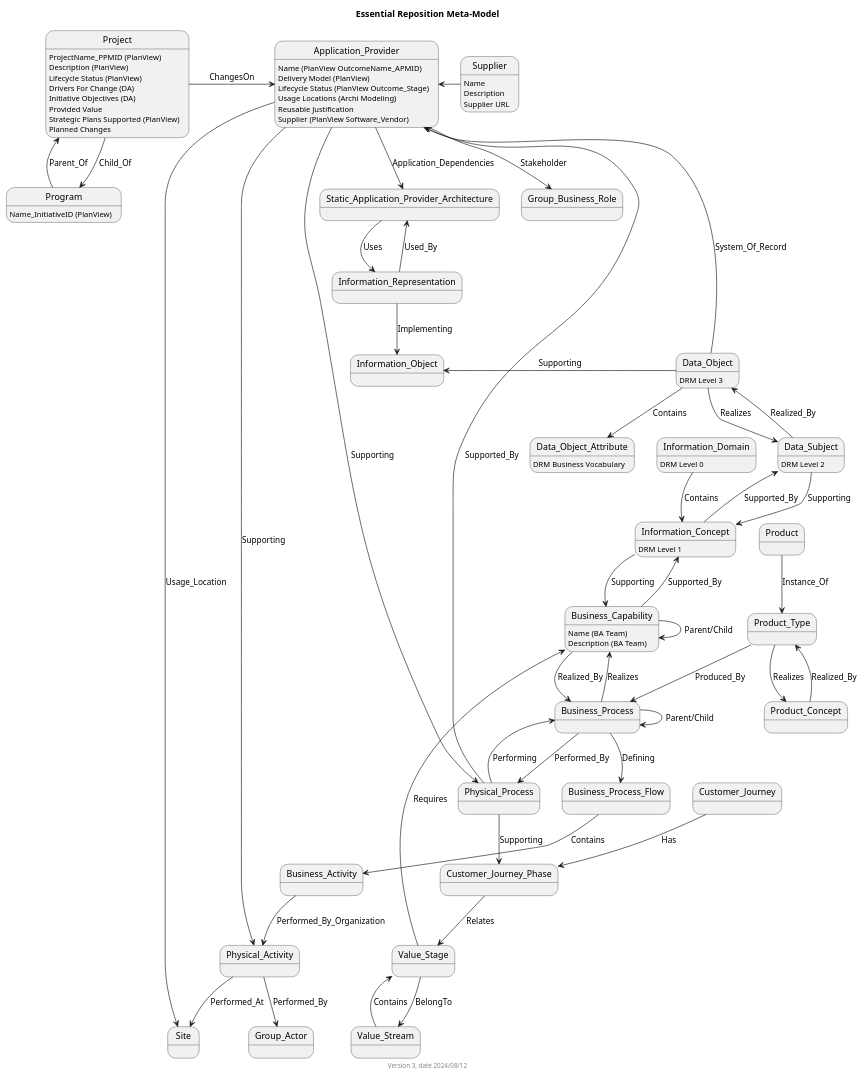
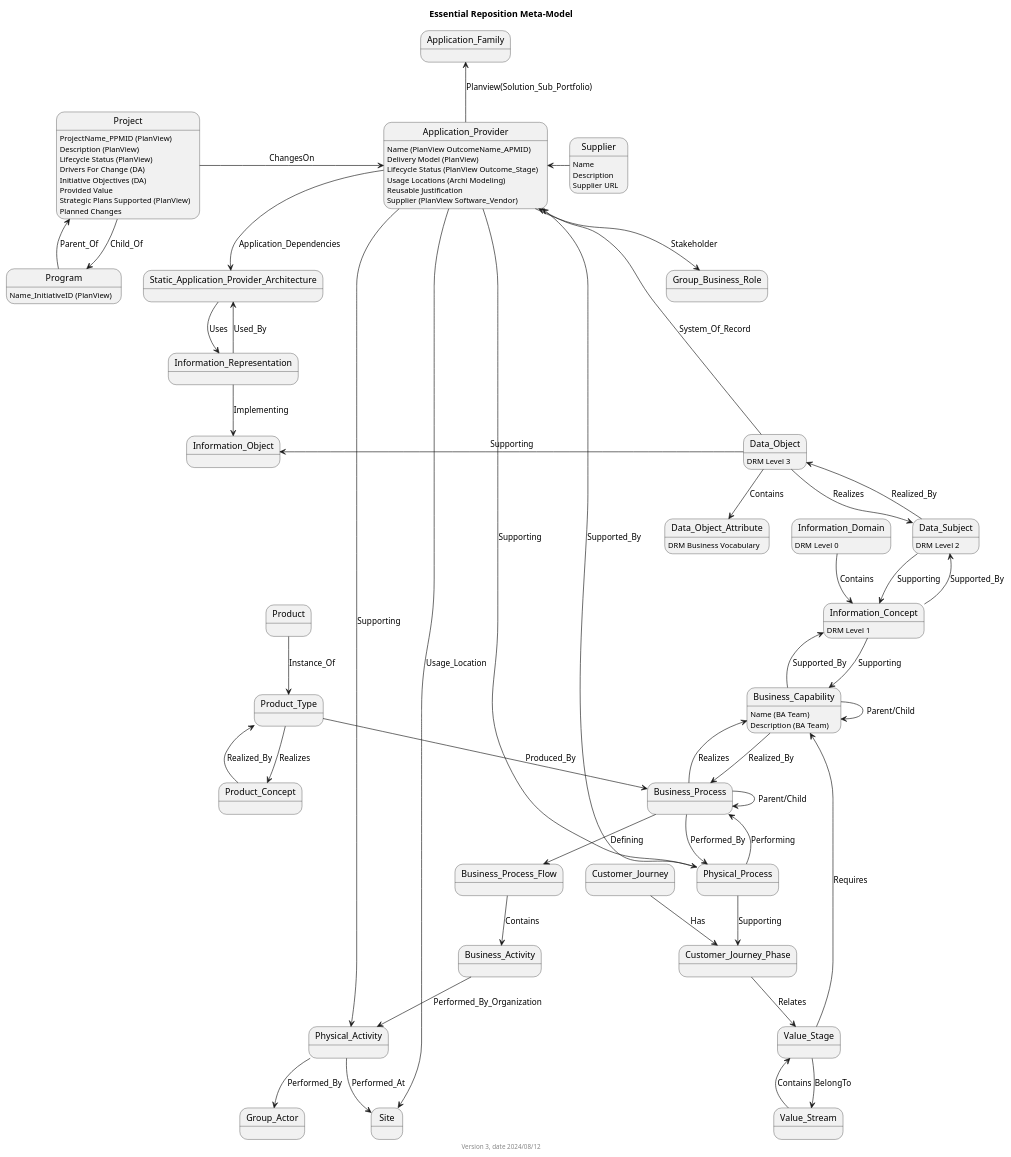
The diagram in Essential_EA/Essential_MetaModel.puml (yasenstar/EA), drawn with PlantUML before and after one commit.

```diff
--- a/Essential_EA/Essential_MetaModel.puml
+++ b/Essential_EA/Essential_MetaModel.puml
@@ -1,114 +1,116 @@
 @startuml
 
 title Essential Reposition Meta-Model
 
 Customer_Journey --> Customer_Journey_Phase: Has
 Customer_Journey_Phase --> Value_Stage: Relates
 
 Value_Stream --> Value_Stage: Contains
 Value_Stage --> Value_Stream: BelongTo
 
 Value_Stage --> Business_Capability: Requires
 
 Business_Capability --> Business_Process: Realized_By
 Business_Process --> Business_Capability: Realizes
 
 Business_Capability --> Information_Concept: Supported_By
 Information_Concept --> Business_Capability: Supporting
 
 Business_Capability --> Business_Capability: Parent/Child
 
 Business_Process --> Physical_Process: Performed_By
 Physical_Process --> Business_Process: Performing
 
 Business_Process --> Business_Process: Parent/Child
 
 Business_Process --> Business_Process_Flow: Defining
 
 Business_Process_Flow --> Business_Activity: Contains
 
 Business_Activity --> Physical_Activity: Performed_By_Organization
 Physical_Activity <-- Application_Provider: Supporting
 Physical_Activity --> Group_Actor: Performed_By
 Physical_Activity --> Site: Performed_At
 
 Physical_Process --> Application_Provider: Supported_By
 Application_Provider --> Physical_Process: Supporting
 
 Physical_Process --> Customer_Journey_Phase: Supporting
 
 Product_Concept --> Product_Type: Realized_By
 Product_Type --> Product_Concept: Realizes
 Product --> Product_Type: Instance_Of
 
 Product_Type --> Business_Process: Produced_By
 
 Application_Provider <-- Supplier
 Application_Provider --> Group_Business_Role: Stakeholder
 Application_Provider --> Site: Usage_Location
 Application_Provider --> Static_Application_Provider_Architecture: Application_Dependencies
+
+Application_Provider -up-> Application_Family: Planview(Solution_Sub_Portfolio)
 
 Information_Domain --> Information_Concept: Contains
 Information_Concept --> Data_Subject: Supported_By
 Data_Subject --> Information_Concept: Supporting
 Data_Subject --> Data_Object: Realized_By
 Data_Object --> Data_Subject: Realizes
 Data_Object --> Data_Object_Attribute: Contains
 
 Static_Application_Provider_Architecture --> Information_Representation: Uses
 Information_Representation --> Static_Application_Provider_Architecture: Used_By
 Information_Representation --> Information_Object: Implementing
 Information_Object <-- Data_Object: Supporting
 
 Data_Object -up-> Application_Provider: System_Of_Record
 
 Project --> Program: Child_Of
 Program --> Project: Parent_Of
 
 Project -right-> Application_Provider: ChangesOn
 
 ' Business Layer
 
 Business_Capability: Name (BA Team)
 Business_Capability: Description (BA Team)
 
 ' Application Layer
 
 Application_Provider: Name (PlanView OutcomeName_APMID)
 Application_Provider: Delivery Model (PlanView)
 Application_Provider: Lifecycle Status (PlanView Outcome_Stage)
 Application_Provider: Usage Locations (Archi Modeling)
 Application_Provider: Reusable Justification
 Application_Provider: Supplier (PlanView Software_Vendor)
 
 ' Information Layer
 
 Information_Domain: DRM Level 0
 Information_Concept: DRM Level 1
 Data_Subject: DRM Level 2
 Data_Object: DRM Level 3
 Data_Object_Attribute: DRM Business Vocabulary
 
 ' EA Support Layer
 
 ' EA Support > Change Management
 
 Project: ProjectName_PPMID (PlanView)
 Project: Description (PlanView)
 Project: Lifecycle Status (PlanView)
 Project: Drivers For Change (DA)
 Project: Initiative Objectives (DA)
 Project: Provided Value
 Project: Strategic Plans Supported (PlanView)
 Project: Planned Changes
 
 Program: Name_InitiativeID (PlanView)
 
 ' EA Support > Utilities
 Supplier: Name
 Supplier: Description
 Supplier: Supplier URL
 
 footer Version 3, date 2024/08/12
 
 @enduml
```
